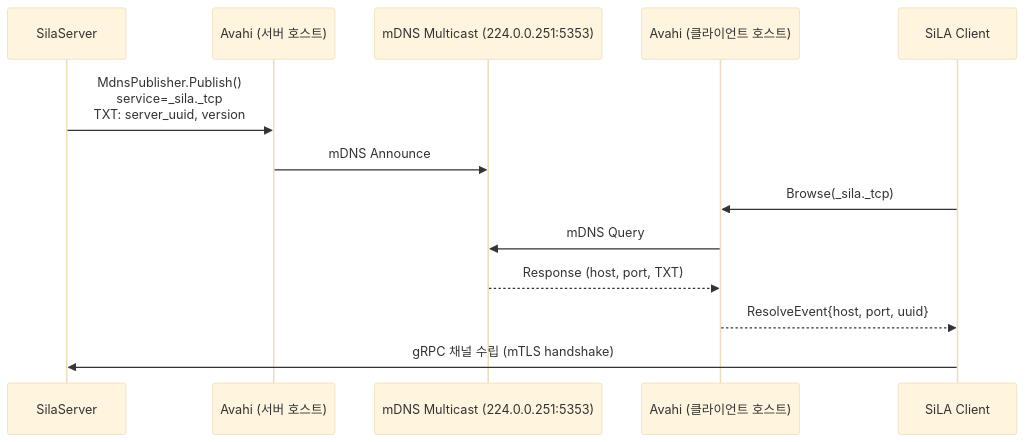
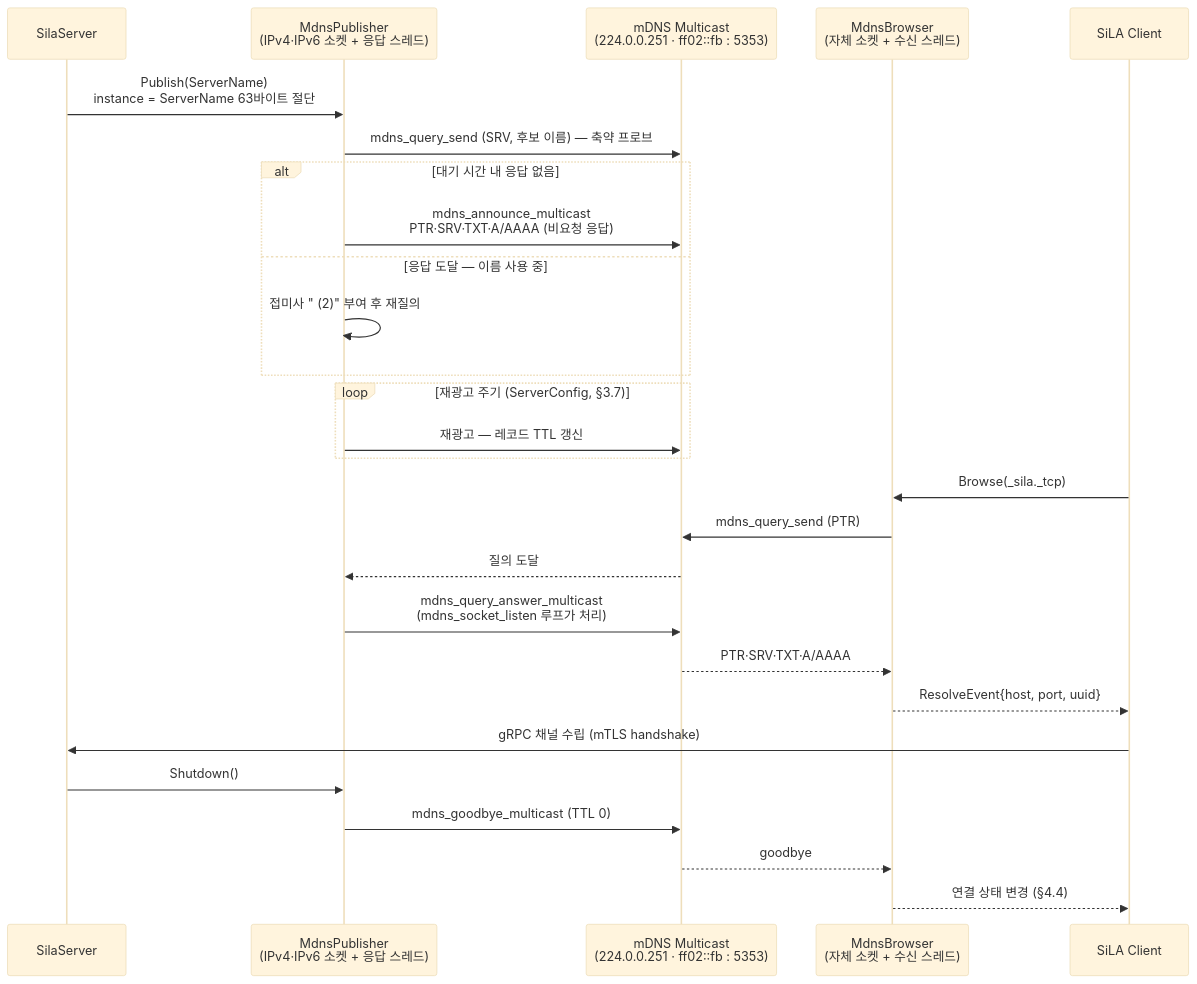
Before and after one commit to Yeounui/sila_cpp_r: diagram 12 of 13 in reference/architecture.md, drawn with Mermaid (base theme). The commit also changed other lines of this file and 1 other file, not shown here.

Commit message:
Switch mDNS backend from Avahi to the vcpkg mdns library
Avahi has no vcpkg port and needs a running avahi-daemon reached over
D-Bus, so the dependency sat outside the manifest. mjansson/mdns (1.4.3,
Unlicense) is the only viable port: mdnsresponder declares
"windows & !uwp & !arm" and tinysvcmdns is absent.

That library covers socket setup and per-record send/receive only, so
probing, periodic re-announcement and the listen loop move into the
core. Rewrite §6 accordingly: MdnsPublisher owns an answer thread, the
instance name is ServerName truncated to the 63-byte mDNS label limit
(RFC 6763 §4.1.1) with a one-shot probe and a " (2)" suffix on
conflict, and SetServerName triggers goodbye plus re-probe. IPv4 and
IPv6 sockets are opened together; Publisher and Browser own theirs
separately.

````diff
--- a/reference/architecture.md
+++ b/reference/architecture.md
@@ -676,16 +678,32 @@
 ```mermaid
 sequenceDiagram
     participant S as SilaServer
-    participant AvahiS as Avahi (서버 호스트)
-    participant Net as mDNS Multicast (224.0.0.251:5353)
-    participant AvahiC as Avahi (클라이언트 호스트)
+    participant P as MdnsPublisher<br/>(IPv4·IPv6 소켓 + 응답 스레드)
+    participant Net as mDNS Multicast<br/>(224.0.0.251 · ff02::fb : 5353)
+    participant B as MdnsBrowser<br/>(자체 소켓 + 수신 스레드)
     participant C as SiLA Client
 
-    S->>AvahiS: MdnsPublisher.Publish()<br/>service=_sila._tcp<br/>TXT: server_uuid, version
-    AvahiS->>Net: mDNS Announce
-    C->>AvahiC: Browse(_sila._tcp)
-    AvahiC->>Net: mDNS Query
-    Net-->>AvahiC: Response (host, port, TXT)
-    AvahiC-->>C: ResolveEvent{host, port, uuid}
+    S->>P: Publish(ServerName)<br/>instance = ServerName 63바이트 절단
+    P->>Net: mdns_query_send (SRV, 후보 이름) — 축약 프로브
+    alt 대기 시간 내 응답 없음
+        P->>Net: mdns_announce_multicast<br/>PTR·SRV·TXT·A/AAAA (비요청 응답)
+    else 응답 도달 — 이름 사용 중
+        P->>P: 접미사 " (2)" 부여 후 재질의
+    end
+    loop 재광고 주기 (ServerConfig, §3.7)
+        P->>Net: 재광고 — 레코드 TTL 갱신
+    end
+
+    C->>B: Browse(_sila._tcp)
+    B->>Net: mdns_query_send (PTR)
+    Net-->>P: 질의 도달
+    P->>Net: mdns_query_answer_multicast<br/>(mdns_socket_listen 루프가 처리)
+    Net-->>B: PTR·SRV·TXT·A/AAAA
+    B-->>C: ResolveEvent{host, port, uuid}
     C->>S: gRPC 채널 수립 (mTLS handshake)
+
+    S->>P: Shutdown()
+    P->>Net: mdns_goodbye_multicast (TTL 0)
+    Net-->>B: goodbye
+    B-->>C: 연결 상태 변경 (§4.4)
 ```
````
